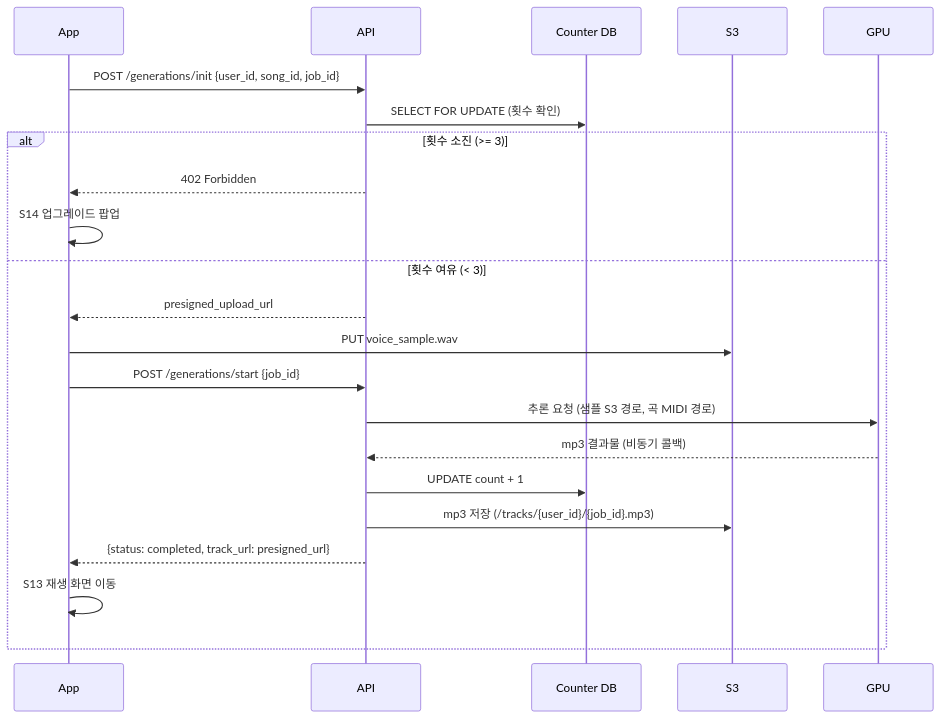
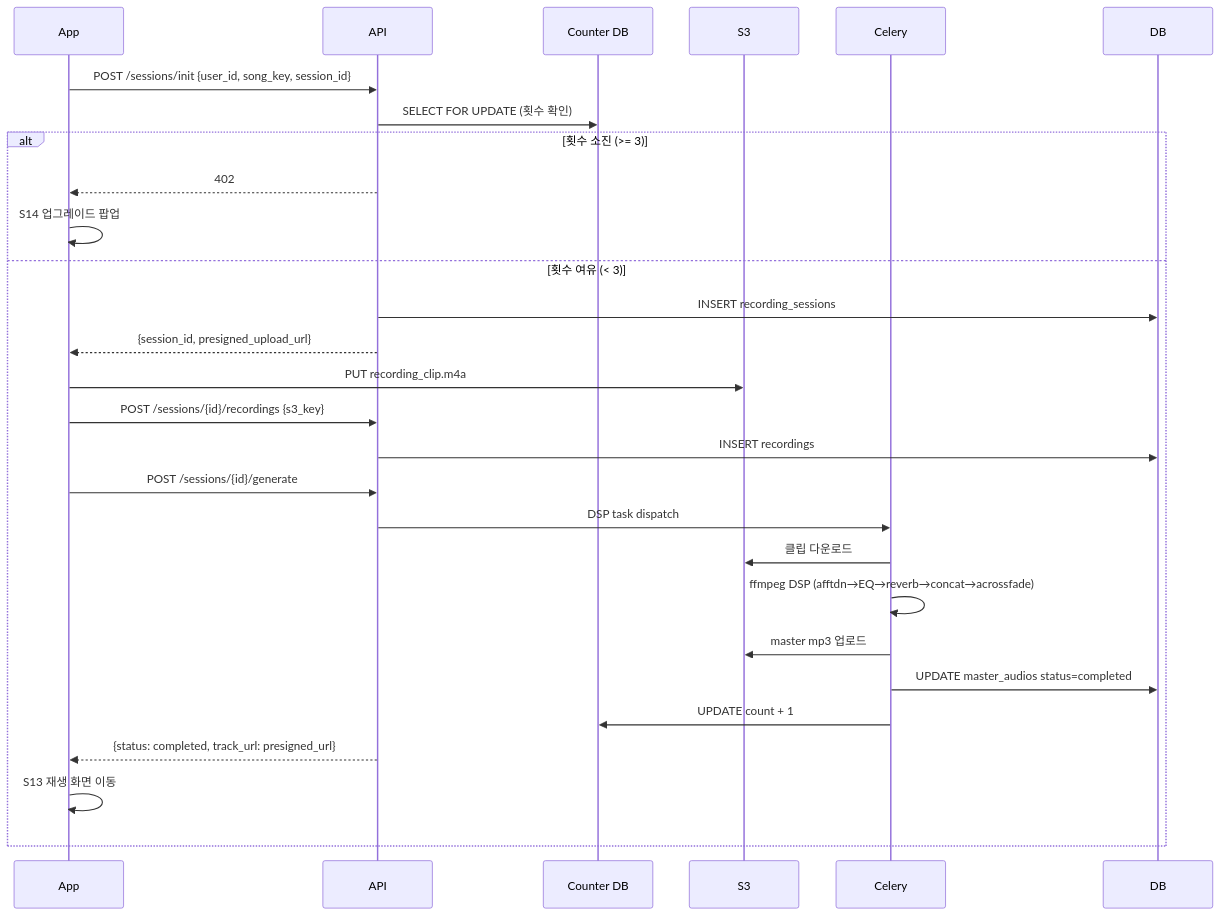
One commit to alruminum/jajang changed the third of 5 diagrams in docs/architecture.md. Above: the diagram before and after it, drawn with Mermaid. The commit also changed other lines of this file and 23 other files, not shown here.

````diff
--- a/docs/architecture.md
+++ b/docs/architecture.md
@@ -151,25 +195,30 @@
 ```mermaid
 sequenceDiagram
     participant App
     participant API
     participant Counter DB
     participant S3
-    participant GPU
+    participant Celery
 
-    App->>API: POST /generations/init {user_id, song_id, job_id}
+    App->>API: POST /sessions/init {user_id, song_key, session_id}
     API->>Counter DB: SELECT FOR UPDATE (횟수 확인)
     alt 횟수 소진 (>= 3)
-        API-->>App: 402 Forbidden
+        API-->>App: 402
         App->>App: S14 업그레이드 팝업
     else 횟수 여유 (< 3)
-        API-->>App: presigned_upload_url
-        App->>S3: PUT voice_sample.wav
-        App->>API: POST /generations/start {job_id}
-        API->>GPU: 추론 요청 (샘플 S3 경로, 곡 MIDI 경로)
-        GPU-->>API: mp3 결과물 (비동기 콜백)
-        API->>Counter DB: UPDATE count + 1
-        API->>S3: mp3 저장 (/tracks/{user_id}/{job_id}.mp3)
+        API->>DB: INSERT recording_sessions
+        API-->>App: {session_id, presigned_upload_url}
+        App->>S3: PUT recording_clip.m4a
+        App->>API: POST /sessions/{id}/recordings {s3_key}
+        API->>DB: INSERT recordings
+        App->>API: POST /sessions/{id}/generate
+        API->>Celery: DSP task dispatch
+        Celery->>S3: 클립 다운로드
+        Celery->>Celery: ffmpeg DSP (afftdn→EQ→reverb→concat→acrossfade)
+        Celery->>S3: master mp3 업로드
+        Celery->>DB: UPDATE master_audios status=completed
+        Celery->>Counter DB: UPDATE count + 1
         API-->>App: {status: completed, track_url: presigned_url}
         App->>App: S13 재생 화면 이동
     end
 ```
````
